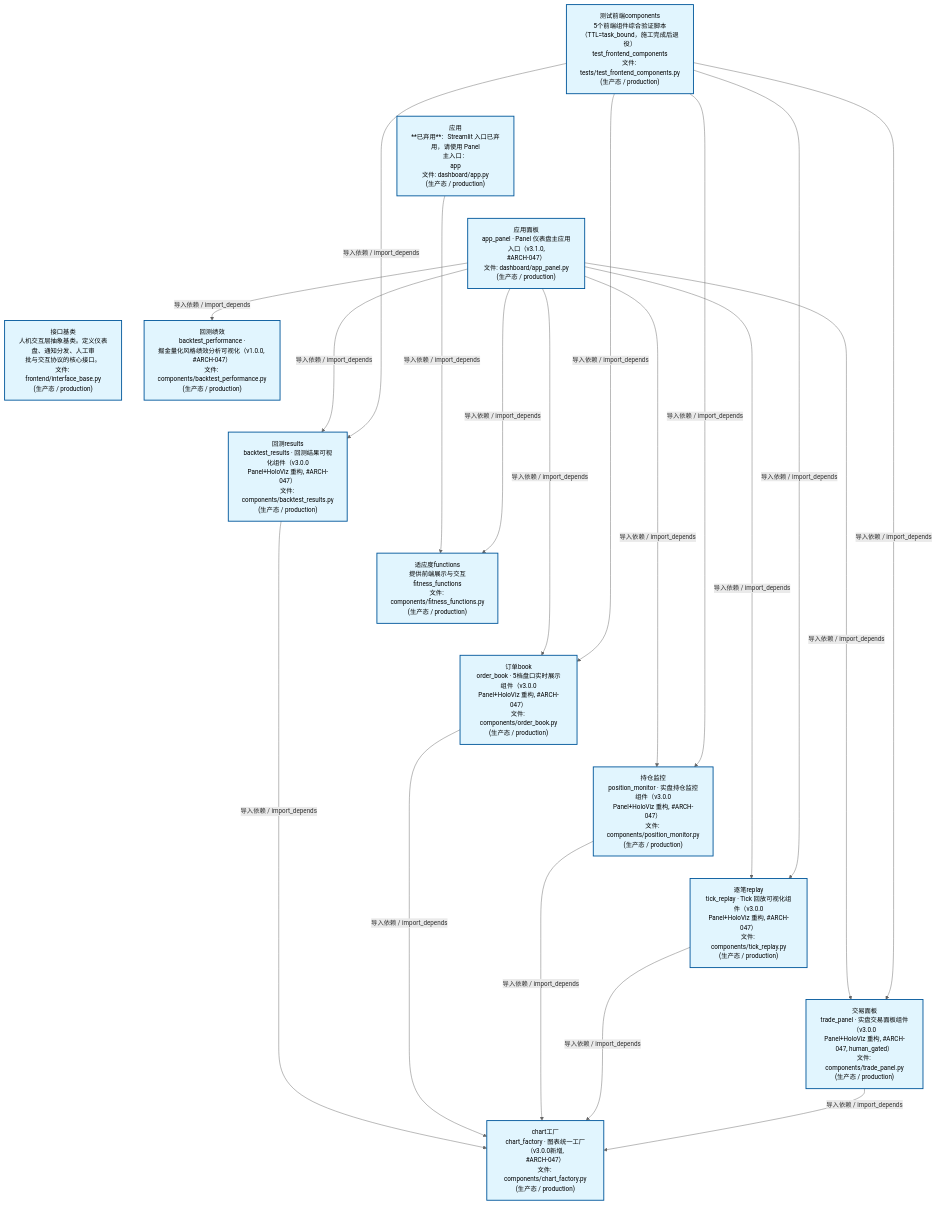
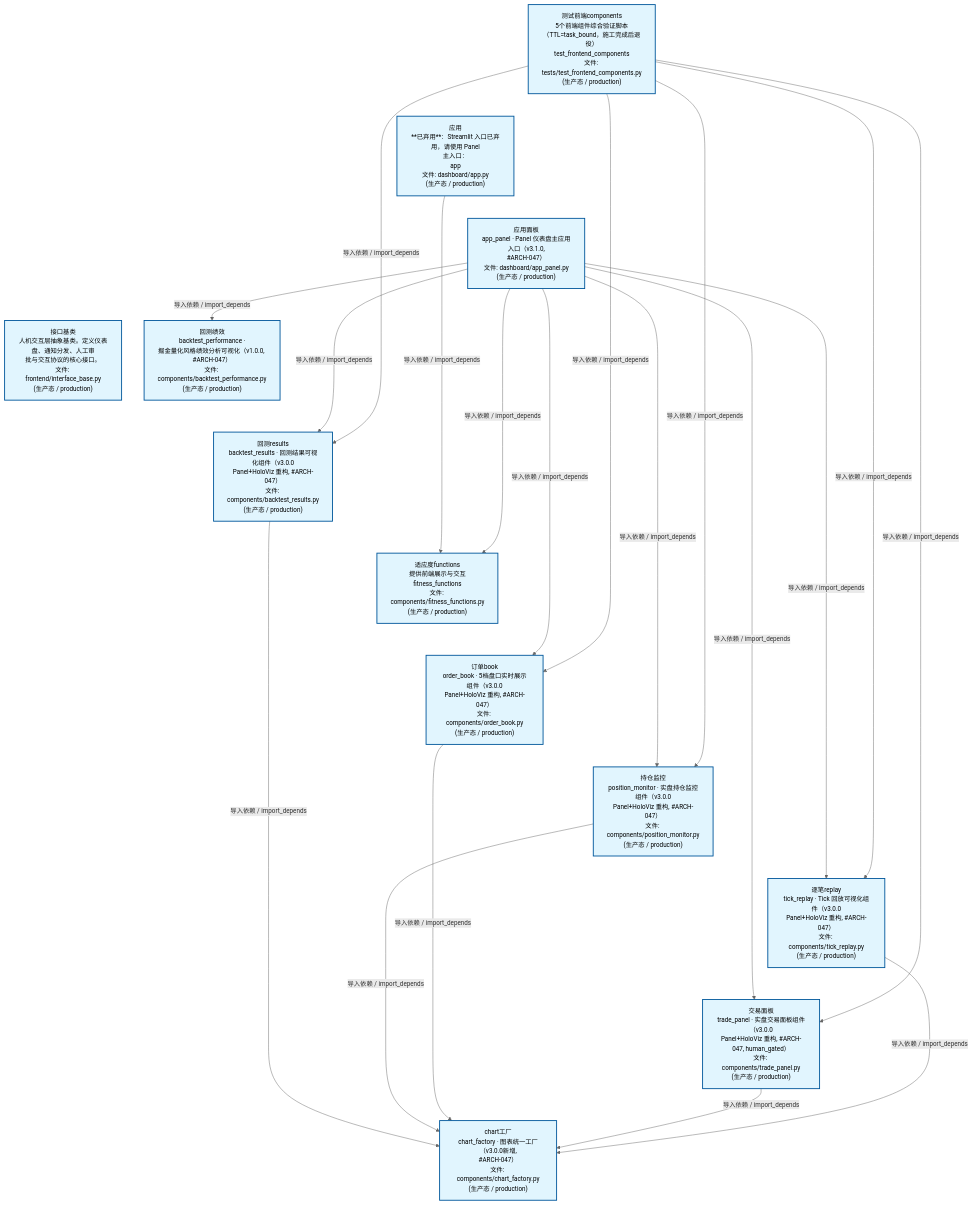
The second of 4 diagrams in docs/02_enterprise_architecture/02_domain_architecture_docs/47_d_frontend.md (xuanFelixVan/ZephyrAlpha), drawn with Mermaid before and after one commit. The commit also changed other lines of this file and 44 other files, not shown here.

````diff
--- a/docs/02_enterprise_architecture/02_domain_architecture_docs/47_d_frontend.md
+++ b/docs/02_enterprise_architecture/02_domain_architecture_docs/47_d_frontend.md
@@ -124,48 +124,48 @@
 ```mermaid
 %%{init: {'theme': 'base', 'themeVariables': {'primaryColor': '#eaeaea', 'primaryTextColor': '#333333', 'primaryBorderColor': '#666666', 'lineColor': '#666666', 'secondaryColor': '#eaeaea', 'tertiaryColor': '#eaeaea', 'fontSize': '14px'}}}%%
 flowchart TD
     scripts_tests_test_frontend_components_py["测试前端components<br/>5个前端组件综合验证脚本<br/>（TTL=task_bound，施工完成后退役）<br/>test_frontend_components<br/>文件: tests/test_frontend_components.py<br/>(生产态 / production)"]
     src_zephyr_frontend_dashboard_app_py["应用<br/>**已弃用**：Streamlit 入口已弃用，请使用 Panel<br/>主入口：<br/>app<br/>文件: dashboard/app.py<br/>(生产态 / production)"]
     src_zephyr_frontend_dashboard_app_panel_py["应用面板<br/>app_panel · Panel 仪表盘主应用入口（v3.1.0,<br/>#ARCH-047）<br/>文件: dashboard/app_panel.py<br/>(生产态 / production)"]
     src_zephyr_frontend_interface_base_py["接口基类<br/>人机交互层抽象基类。定义仪表盘、通知分发、人工审<br/>批与交互协议的核心接口。<br/>文件: frontend/interface_base.py<br/>(生产态 / production)"]
     scripts_tests_test_frontend_components_py ~~~ src_zephyr_frontend_dashboard_app_py
     src_zephyr_frontend_dashboard_app_py ~~~ src_zephyr_frontend_dashboard_app_panel_py
     src_zephyr_frontend_dashboard_app_panel_py ~~~ src_zephyr_frontend_interface_base_py
     src_zephyr_frontend_dashboard_components_backtest_performance_py["回测绩效<br/>backtest_performance ·<br/>掘金量化风格绩效分析可视化（v1.0.0, #ARCH-047）<br/>文件: components/backtest_performance.py<br/>(生产态 / production)"]
     src_zephyr_frontend_dashboard_components_backtest_results_py["回测results<br/>backtest_results · 回测结果可视化组件（v3.0.0<br/>Panel+HoloViz 重构, #ARCH-047）<br/>文件: components/backtest_results.py<br/>(生产态 / production)"]
     src_zephyr_frontend_dashboard_components_fitness_functions_py["适应度functions<br/>提供前端展示与交互<br/>fitness_functions<br/>文件: components/fitness_functions.py<br/>(生产态 / production)"]
     src_zephyr_frontend_dashboard_components_order_book_py["订单book<br/>order_book · 5档盘口实时展示组件（v3.0.0<br/>Panel+HoloViz 重构, #ARCH-047）<br/>文件: components/order_book.py<br/>(生产态 / production)"]
     src_zephyr_frontend_dashboard_components_position_monitor_py["持仓监控<br/>position_monitor · 实盘持仓监控组件（v3.0.0<br/>Panel+HoloViz 重构, #ARCH-047）<br/>文件: components/position_monitor.py<br/>(生产态 / production)"]
     src_zephyr_frontend_dashboard_components_tick_replay_py["逐笔replay<br/>tick_replay · Tick 回放可视化组件（v3.0.0<br/>Panel+HoloViz 重构, #ARCH-047）<br/>文件: components/tick_replay.py<br/>(生产态 / production)"]
     src_zephyr_frontend_dashboard_components_trade_panel_py["交易面板<br/>trade_panel · 实盘交易面板组件（v3.0.0<br/>Panel+HoloViz 重构, #ARCH-047, human_gated）<br/>文件: components/trade_panel.py<br/>(生产态 / production)"]
     src_zephyr_frontend_dashboard_components_backtest_performance_py ~~~ src_zephyr_frontend_dashboard_components_backtest_results_py
     src_zephyr_frontend_dashboard_components_backtest_results_py ~~~ src_zephyr_frontend_dashboard_components_fitness_functions_py
     src_zephyr_frontend_dashboard_components_fitness_functions_py ~~~ src_zephyr_frontend_dashboard_components_order_book_py
     src_zephyr_frontend_dashboard_components_order_book_py ~~~ src_zephyr_frontend_dashboard_components_position_monitor_py
     src_zephyr_frontend_dashboard_components_position_monitor_py ~~~ src_zephyr_frontend_dashboard_components_tick_replay_py
     src_zephyr_frontend_dashboard_components_tick_replay_py ~~~ src_zephyr_frontend_dashboard_components_trade_panel_py
     src_zephyr_frontend_dashboard_components_chart_factory_py["chart工厂<br/>chart_factory · 图表统一工厂（v3.0.0新增,<br/>#ARCH-047）<br/>文件: components/chart_factory.py<br/>(生产态 / production)"]
     src_zephyr_frontend_dashboard_app_py -->|导入依赖 / import_depends| src_zephyr_frontend_dashboard_components_fitness_functions_py
     src_zephyr_frontend_dashboard_app_panel_py -->|导入依赖 / import_depends| src_zephyr_frontend_dashboard_components_backtest_performance_py
+    src_zephyr_frontend_dashboard_app_panel_py -->|导入依赖 / import_depends| src_zephyr_frontend_dashboard_components_backtest_results_py
     src_zephyr_frontend_dashboard_app_panel_py -->|导入依赖 / import_depends| src_zephyr_frontend_dashboard_components_fitness_functions_py
-    src_zephyr_frontend_dashboard_app_panel_py -->|导入依赖 / import_depends| src_zephyr_frontend_dashboard_components_backtest_results_py
+    src_zephyr_frontend_dashboard_app_panel_py -->|导入依赖 / import_depends| src_zephyr_frontend_dashboard_components_position_monitor_py
     src_zephyr_frontend_dashboard_app_panel_py -->|导入依赖 / import_depends| src_zephyr_frontend_dashboard_components_order_book_py
-    src_zephyr_frontend_dashboard_app_panel_py -->|导入依赖 / import_depends| src_zephyr_frontend_dashboard_components_position_monitor_py
+    src_zephyr_frontend_dashboard_app_panel_py -->|导入依赖 / import_depends| src_zephyr_frontend_dashboard_components_trade_panel_py
     src_zephyr_frontend_dashboard_app_panel_py -->|导入依赖 / import_depends| src_zephyr_frontend_dashboard_components_tick_replay_py
-    src_zephyr_frontend_dashboard_app_panel_py -->|导入依赖 / import_depends| src_zephyr_frontend_dashboard_components_trade_panel_py
     src_zephyr_frontend_dashboard_components_backtest_results_py -->|导入依赖 / import_depends| src_zephyr_frontend_dashboard_components_chart_factory_py
+    src_zephyr_frontend_dashboard_components_position_monitor_py -->|导入依赖 / import_depends| src_zephyr_frontend_dashboard_components_chart_factory_py
     src_zephyr_frontend_dashboard_components_order_book_py -->|导入依赖 / import_depends| src_zephyr_frontend_dashboard_components_chart_factory_py
-    src_zephyr_frontend_dashboard_components_position_monitor_py -->|导入依赖 / import_depends| src_zephyr_frontend_dashboard_components_chart_factory_py
+    src_zephyr_frontend_dashboard_components_trade_panel_py -->|导入依赖 / import_depends| src_zephyr_frontend_dashboard_components_chart_factory_py
     src_zephyr_frontend_dashboard_components_tick_replay_py -->|导入依赖 / import_depends| src_zephyr_frontend_dashboard_components_chart_factory_py
-    src_zephyr_frontend_dashboard_components_trade_panel_py -->|导入依赖 / import_depends| src_zephyr_frontend_dashboard_components_chart_factory_py
     scripts_tests_test_frontend_components_py -->|导入依赖 / import_depends| src_zephyr_frontend_dashboard_components_backtest_results_py
+    scripts_tests_test_frontend_components_py -->|导入依赖 / import_depends| src_zephyr_frontend_dashboard_components_position_monitor_py
     scripts_tests_test_frontend_components_py -->|导入依赖 / import_depends| src_zephyr_frontend_dashboard_components_order_book_py
-    scripts_tests_test_frontend_components_py -->|导入依赖 / import_depends| src_zephyr_frontend_dashboard_components_position_monitor_py
+    scripts_tests_test_frontend_components_py -->|导入依赖 / import_depends| src_zephyr_frontend_dashboard_components_trade_panel_py
     scripts_tests_test_frontend_components_py -->|导入依赖 / import_depends| src_zephyr_frontend_dashboard_components_tick_replay_py
-    scripts_tests_test_frontend_components_py -->|导入依赖 / import_depends| src_zephyr_frontend_dashboard_components_trade_panel_py
     classDef production fill:#e1f5fe,stroke:#01579b,stroke-width:2px,color:#000
     classDef design fill:#fff3e0,stroke:#e65100,stroke-width:2px,color:#000,stroke-dasharray: 5 5
     classDef external_prod fill:#e8f4fd,stroke:#0277bd,stroke-width:1px,color:#000
     classDef external_design fill:#fff8e7,stroke:#ef6c00,stroke-width:1px,color:#000,stroke-dasharray: 5 5
     class scripts_tests_test_frontend_components_py,src_zephyr_frontend_dashboard_app_py,src_zephyr_frontend_dashboard_app_panel_py,src_zephyr_frontend_dashboard_components_backtest_performance_py,src_zephyr_frontend_dashboard_components_backtest_results_py,src_zephyr_frontend_dashboard_components_chart_factory_py,src_zephyr_frontend_dashboard_components_fitness_functions_py,src_zephyr_frontend_dashboard_components_order_book_py,src_zephyr_frontend_dashboard_components_position_monitor_py,src_zephyr_frontend_dashboard_components_tick_replay_py,src_zephyr_frontend_dashboard_components_trade_panel_py,src_zephyr_frontend_interface_base_py production
 ```
````
